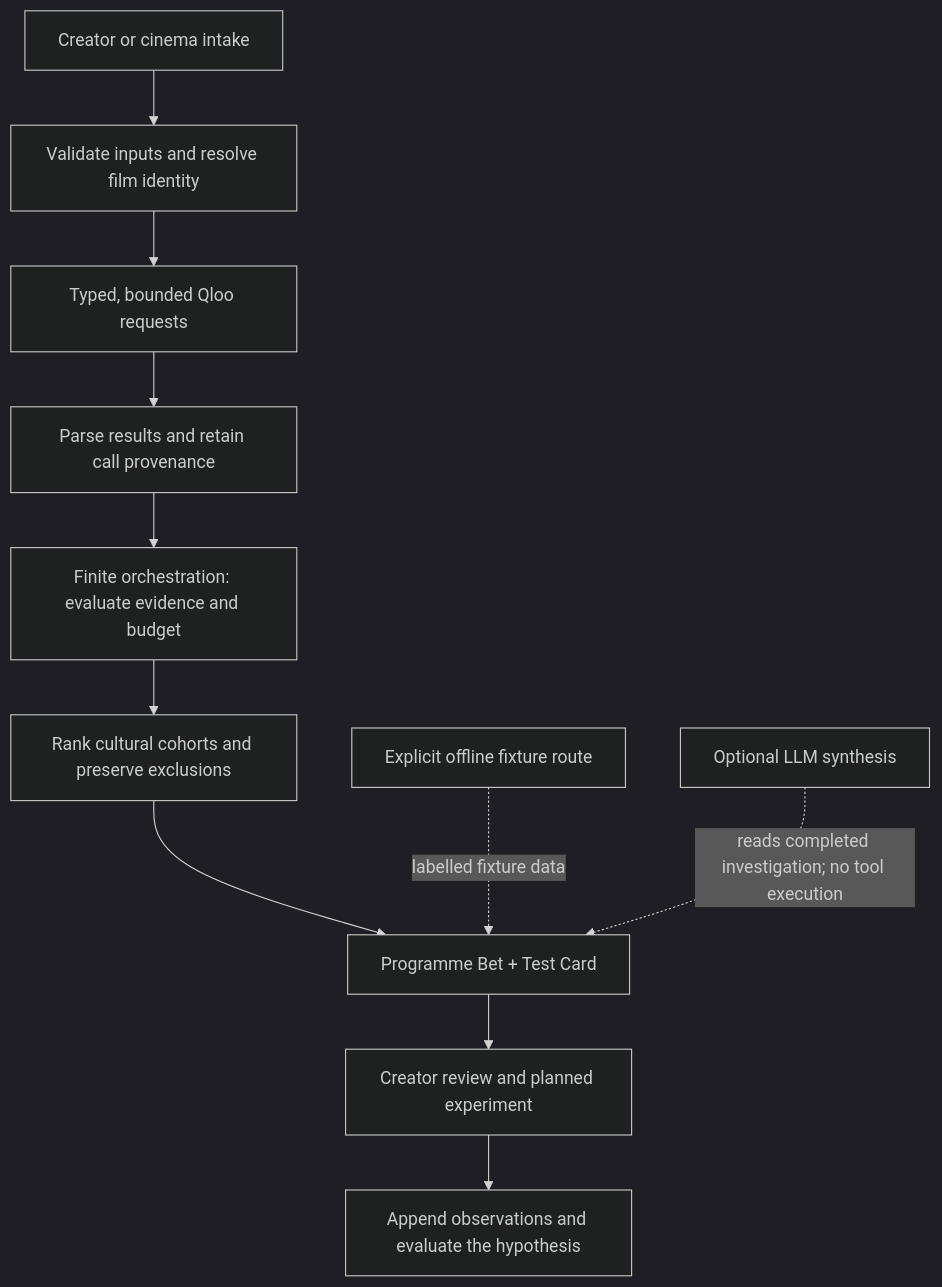
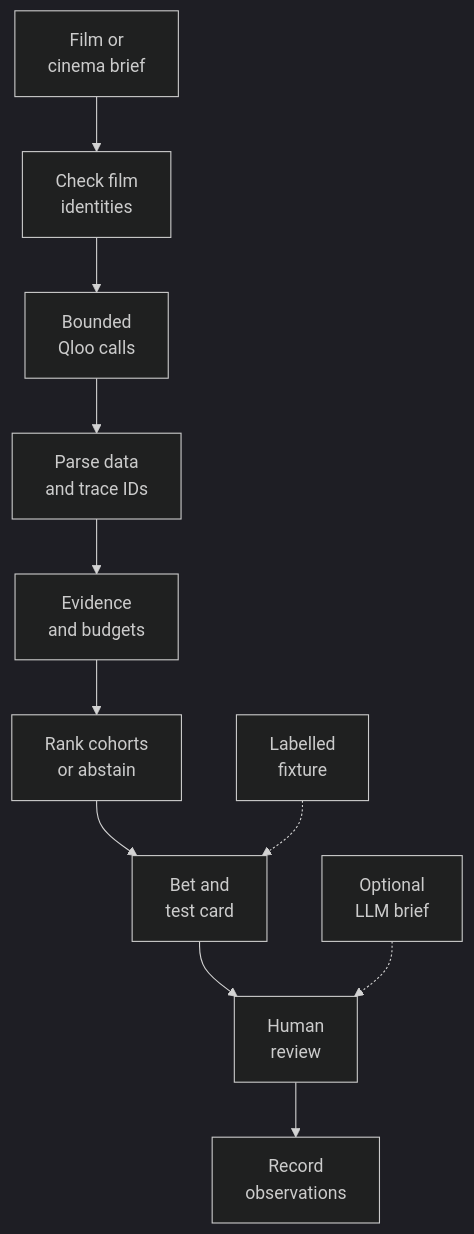
The first of 3 diagrams in README.md (Sohamgaonkhadkar/adjacent-cinema), drawn with Mermaid (dark theme) before and after one commit. The commit also changed other lines of this file, not shown here.

Commit message:
Improve README Mermaid readability and highlight evidence boundaries (#38)

````diff
--- a/README.md
+++ b/README.md
@@ -168,14 +173,14 @@
 ```mermaid
 flowchart TD
-    A["Creator or cinema intake"] --> B["Validate inputs and resolve film identity"]
-    B --> C["Typed, bounded Qloo requests"]
-    C --> D["Parse results and retain call provenance"]
-    D --> E["Finite orchestration: evaluate evidence and budget"]
-    E --> F["Rank cultural cohorts and preserve exclusions"]
-    F --> G["Programme Bet + Test Card"]
-    G --> H["Creator review and planned experiment"]
-    H --> I["Append observations and evaluate the hypothesis"]
+    A["Film or<br/>cinema brief"] --> B["Check film<br/>identities"]
+    B --> C["Bounded<br/>Qloo calls"]
+    C --> D["Parse data<br/>and trace IDs"]
+    D --> E["Evidence<br/>and budgets"]
+    E --> F["Rank cohorts<br/>or abstain"]
+    F --> G["Bet and<br/>test card"]
+    G --> H["Human<br/>review"]
+    H --> I["Record<br/>observations"]
 
-    J["Explicit offline fixture route"] -.->|"labelled fixture data"| G
-    K["Optional LLM synthesis"] -.->|"reads completed investigation; no tool execution"| G
+    J["Labelled<br/>fixture"] -.-> G
+    K["Optional<br/>LLM brief"] -.-> H
 ```
````
